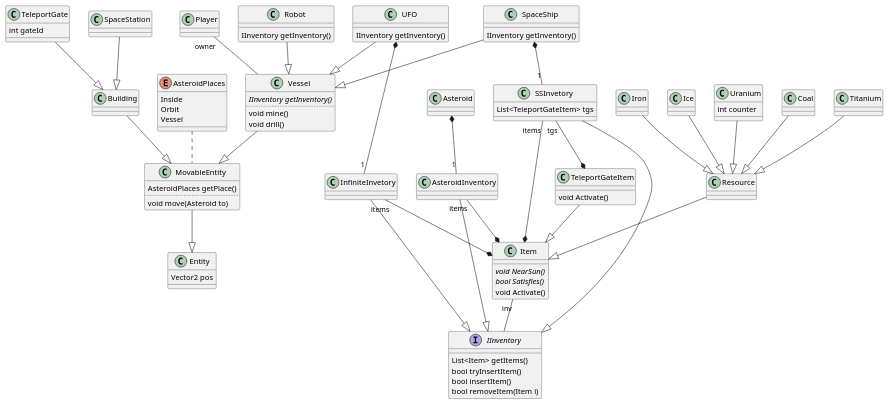
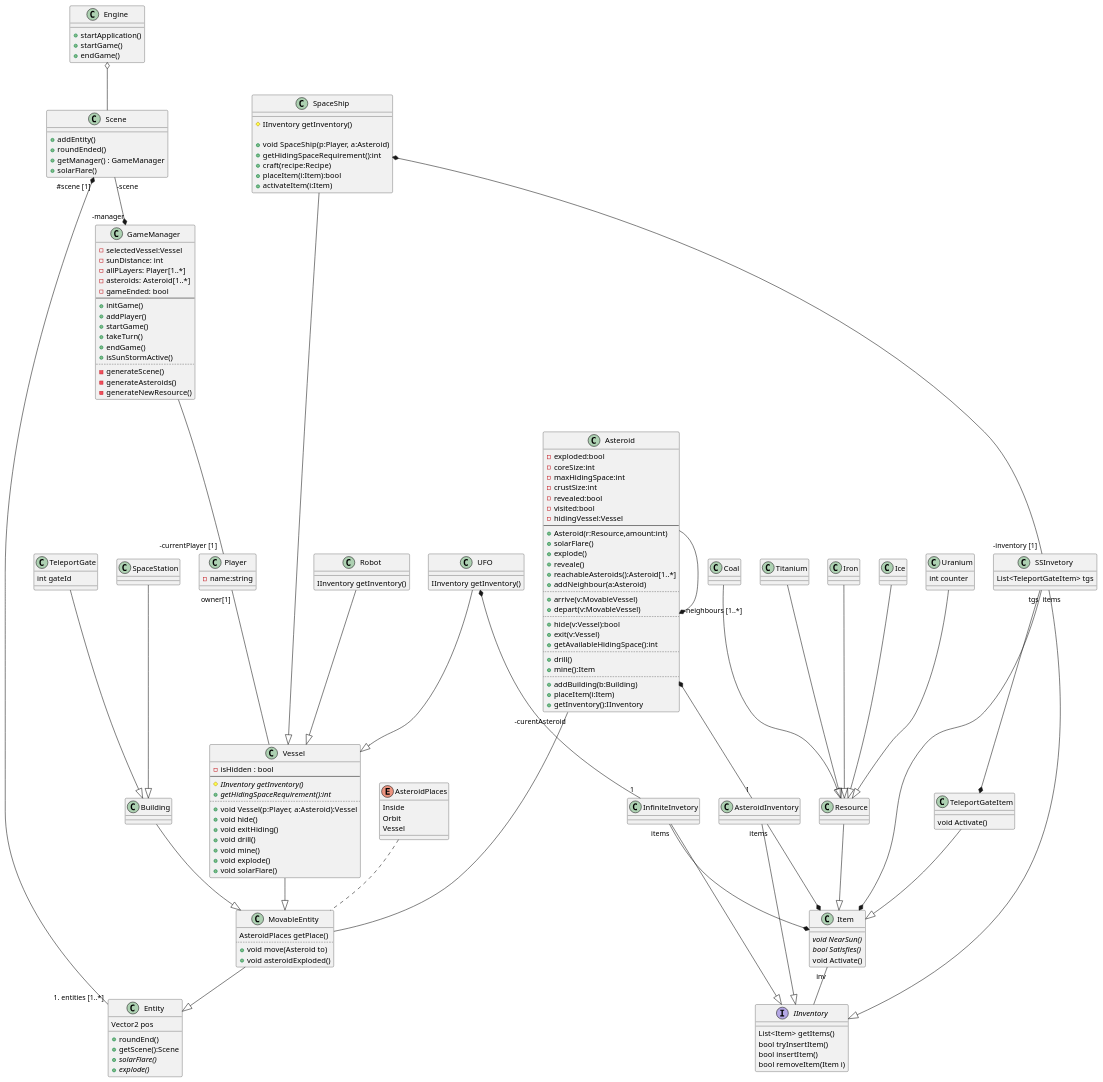
One commit to viseguard-studios/Documentation changed the diagram in docs/bead07/Diagrams/class-diag.puml. Above: the diagram before and after it, drawn with PlantUML. The commit also changed 2 other files, not shown here.

Commit message:
Class diagram

```diff
--- a/docs/bead07/Diagrams/class-diag.puml
+++ b/docs/bead07/Diagrams/class-diag.puml
@@ -1,10 +1,50 @@
 @startuml
+'skinparam linetype ortho
+
+'skinparam style strictuml
+'skinparam groupInheritance 5
 
 
+class Engine{
+    +startApplication()
+    +startGame()
+    +endGame()
+}
+Engine o-- Scene
+
+class Scene{
+    +addEntity()
+    +roundEnded()
+    +getManager() : GameManager
+    +solarFlare()
+}
+Scene " #scene [1]" *-- "#entities [1..*]" Entity
+Scene "-scene" --* "-manager" GameManager
+
+class GameManager{
+    -selectedVessel:Vessel
+    -sunDistance: int
+    -allPLayers: Player[1..*]
+    -asteroids: Asteroid[1..*]
+    -gameEnded: bool
+    --
+    +initGame()
+    +addPlayer()
+    +startGame()
+    +takeTurn()
+    +endGame()
+    +isSunStormActive()
+    ..
+    -generateScene()
+    -generateAsteroids()
+    -generateNewResource()
+}
+GameManager -- "-currentPlayer [1]" Player
+
 class Player{
-
+    -name:string
 }
-Player "owner" -- Vessel
+Player "owner[1]" -- Vessel
 
 
 
@@ -87,6 +127,11 @@
 
 class Entity{
     Vector2 pos
+
+    +roundEnd()
+    +getScene():Scene
+    {abstract} +solarFlare()
+    {abstract} +explode()
 }
 
 enum AsteroidPlaces{
@@ -98,16 +143,26 @@
 class MovableEntity{
     AsteroidPlaces getPlace()
     ..
-    void move(Asteroid to)
+    +void move(Asteroid to)
+    +void asteroidExploded()
 }
 MovableEntity --|> Entity
 AsteroidPlaces .. MovableEntity
+Asteroid "-curentAsteroid" --- MovableEntity
 
 class Vessel{
-    {abstract} IInventory getInventory()
+    -isHidden : bool
+    --
+    {abstract} #IInventory getInventory()
+    {abstract} +getHidingSpaceRequirement():int
     ..
-    void mine()
-    void drill()
+    +void Vessel(p:Player, a:Asteroid):Vessel
+    +void hide()
+    +void exitHiding()
+    +void drill()
+    +void mine()
+    +void explode()
+    +void solarFlare()
 }
 Vessel --|> MovableEntity
 
@@ -119,10 +174,16 @@
 UFO *-- "1" InfiniteInvetory 
 
 class SpaceShip{
-    IInventory getInventory()
+    #IInventory getInventory()
+
+    +void SpaceShip(p:Player, a:Asteroid)
+    +getHidingSpaceRequirement():int
+    +craft(recipe:Recipe)
+    +placeItem(i:Item):bool
+    +activateItem(i:Item)
 }
-SpaceShip --|> Vessel
-SpaceShip *-- "1" SSInvetory 
+SpaceShip ---|> Vessel
+SpaceShip *--- "-inventory [1]" SSInvetory 
 
 class Robot{
     IInventory getInventory()
@@ -133,10 +194,37 @@
 
 
 class Asteroid{
-
+    -exploded:bool
+    -coreSize:int
+    -maxHidingSpace:int
+    -crustSize:int
+    -revealed:bool
+    -visited:bool
+    -hidingVessel:Vessel
+    --
+    +Asteroid(r:Resource,amount:int)
+    +solarFlare()
+    +explode()
+    +reveale()
+    +reachableAsteroids():Asteroid[1..*]
+    +addNeighbour(a:Asteroid)
+    ..
+    +arrive(v:MovableVessel)
+    +depart(v:MovableVessel)
+    ..
+    +hide(v:Vessel):bool
+    +exit(v:Vessel)
+    +getAvailableHidingSpace():int
+    ..
+    +drill()
+    +mine():Item
+    ..
+    +addBuilding(b:Building)
+    +placeItem(i:Item)
+    +getInventory():IInventory
 }
 Asteroid *-- "1" AsteroidInventory 
-
+Asteroid --* "-neighbours [1..*]" Asteroid
 
 class Building{
 
```
